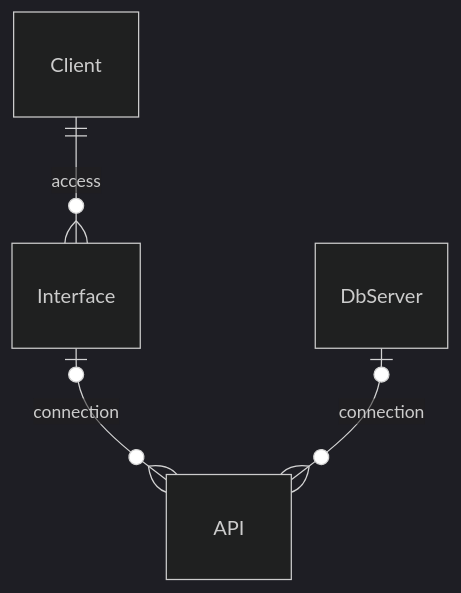
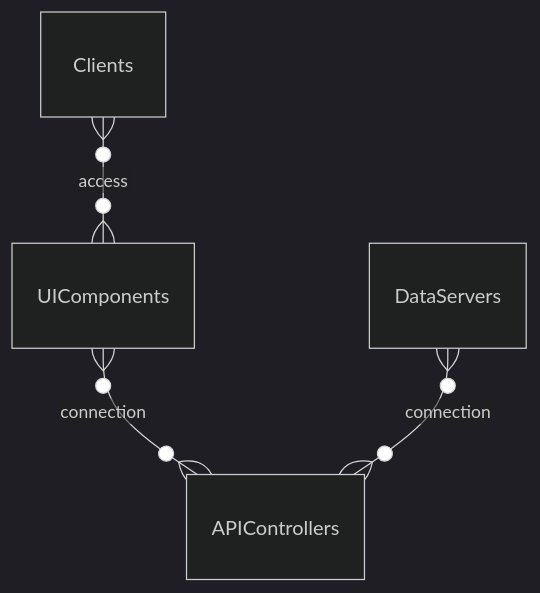
One commit to Rorschach-IT/Qwizzi changed the first of 2 diagrams in README.md. Above: the diagram before and after it, drawn with Mermaid (dark theme). The commit also changed other lines of this file, not shown here.

First line of the commit message:
Revise README with updated architecture diagrams

````diff
--- a/README.md
+++ b/README.md
@@ -9,6 +9,6 @@
 ```mermaid
 erDiagram
-    Client ||--o{ Interface : access
-    Interface o|--o{ API : connection
-    DbServer o|--o{ API : connection
+    Clients }o--o{ UIComponents : access
+    UIComponents }o--o{ APIControllers : connection
+    DataServers }o--o{ APIControllers : connection
 ```
````
